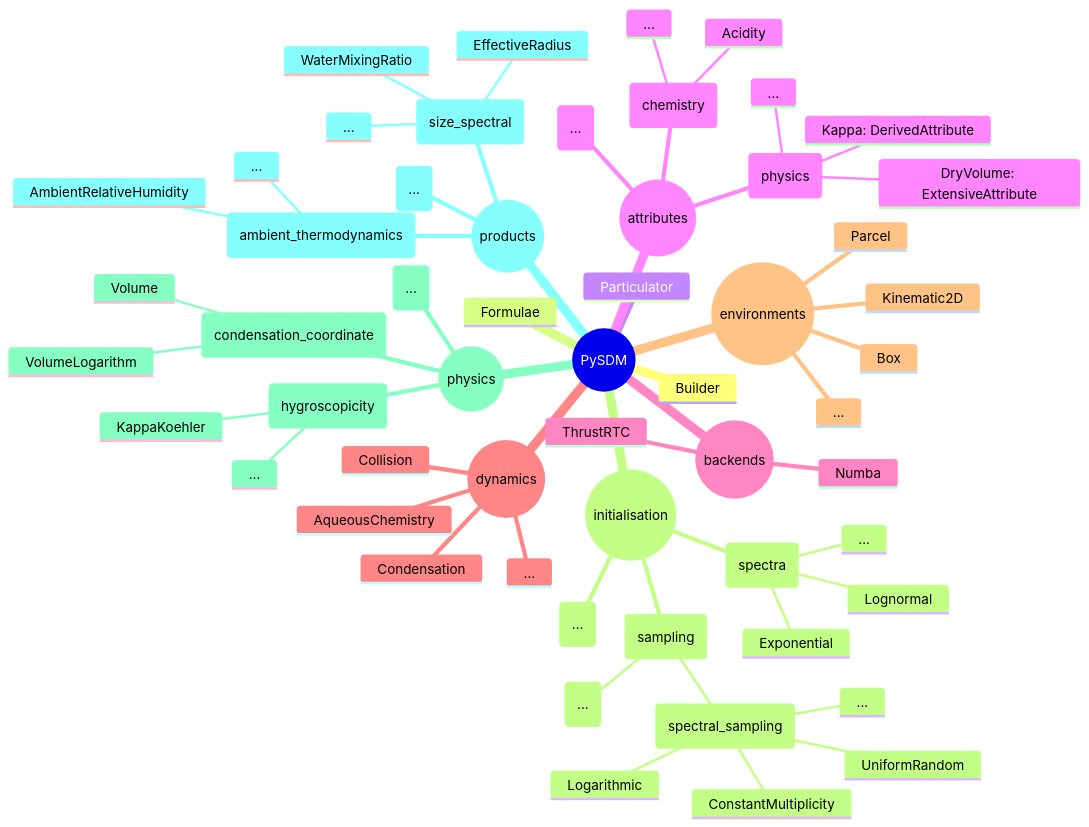
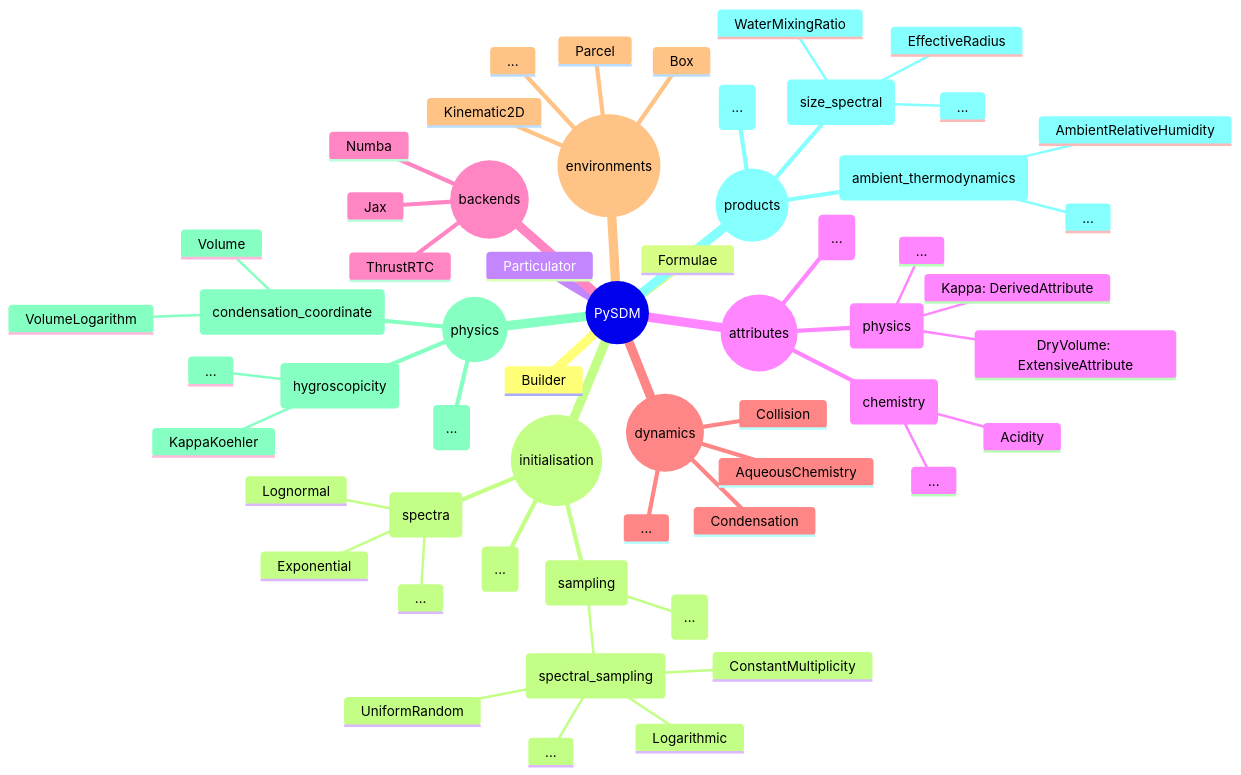
One commit to open-atmos/PySDM changed the second of 2 diagrams in docs/markdown/pysdm_landing.md. Above: the diagram before and after it, drawn with Mermaid. The commit also changed other lines of this file and 62 other files, not shown here.

````diff
--- a/docs/markdown/pysdm_landing.md
+++ b/docs/markdown/pysdm_landing.md
@@ -649,59 +649,60 @@
 ```mermaid
 mindmap
   root((PySDM))
     Builder
     Formulae
     Particulator
     ((attributes))
       (physics)
         DryVolume: ExtensiveAttribute
         Kappa: DerivedAttribute
         ...
       (chemistry)
         Acidity
         ...
       (...)
     ((backends))
       Numba
       ThrustRTC
+      Jax
     ((dynamics))
       AqueousChemistry
       Collision
       Condensation
       ...
     ((environments))
       Box
       Parcel
       Kinematic2D
       ...
     ((initialisation))
       (spectra)
         Lognormal
         Exponential
         ...
       (sampling)
         (spectral_sampling)
           ConstantMultiplicity
           UniformRandom
           Logarithmic
           ...
         (...)
       (...)
     ((physics))
       (hygroscopicity)
         KappaKoehler
         ...
       (condensation_coordinate)
         Volume
         VolumeLogarithm
       (...)
     ((products))
       (size_spectral)
         EffectiveRadius
         WaterMixingRatio
         ...
       (ambient_thermodynamics)
         AmbientRelativeHumidity
         ...
       (...)
 ```
````
